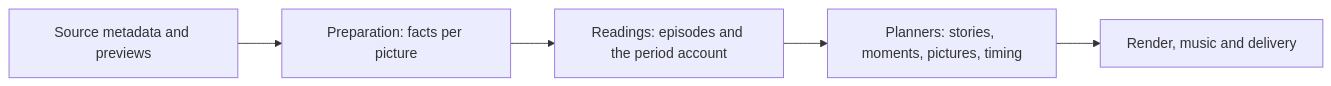
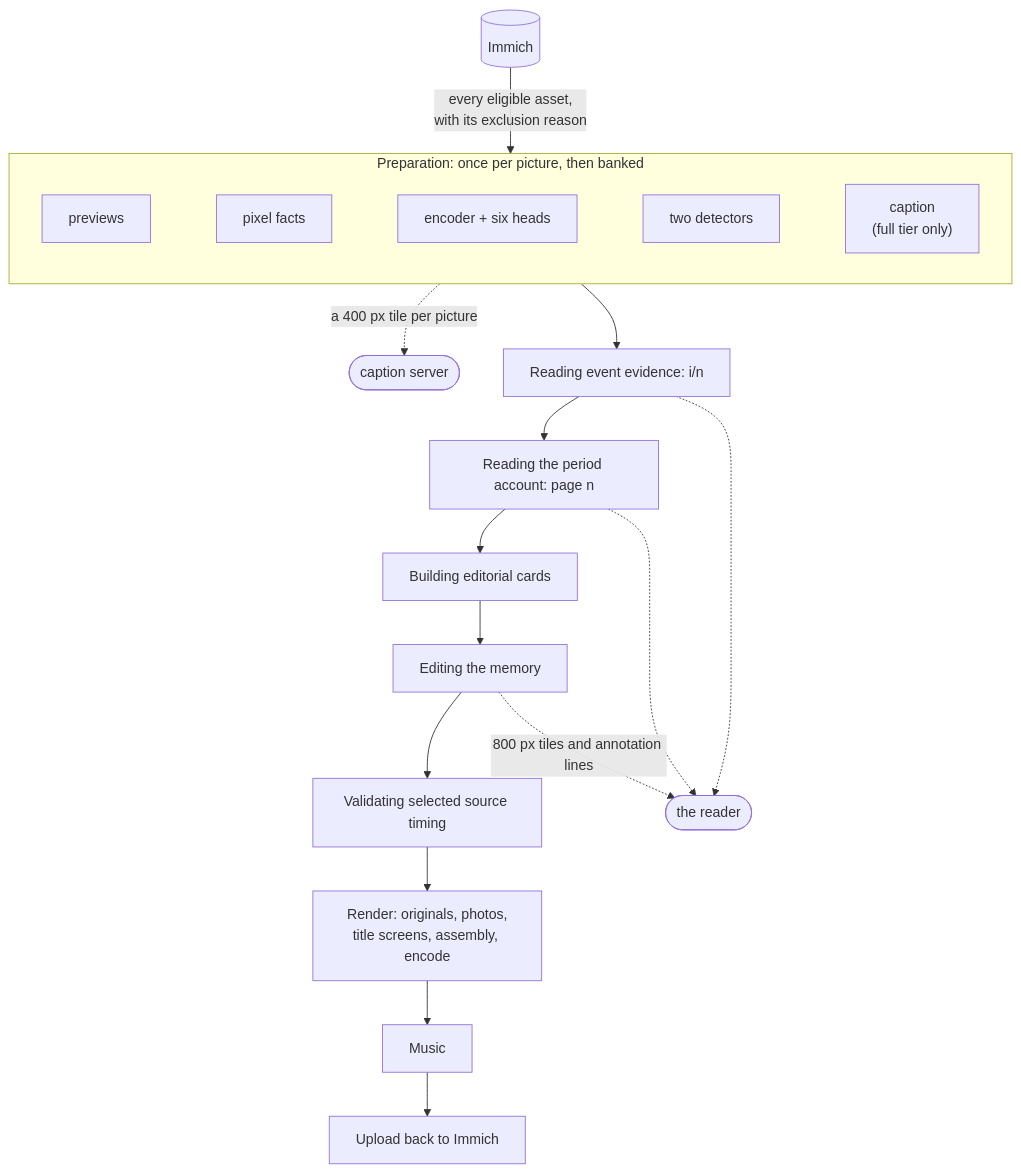
Before and after one commit to sam-dumont/immich-video-memory-generator: the first of 2 diagrams in docs-site/docs/create/pipeline/pipeline-overview.md, drawn with Mermaid. The commit also changed other lines of this file and 65 other files, not shown here.

````diff
--- a/docs-site/docs/create/pipeline/pipeline-overview.md
+++ b/docs-site/docs/create/pipeline/pipeline-overview.md
@@ -13,7 +13,24 @@
 ```mermaid
-flowchart LR
-    source["Source metadata and previews"] --> facts["Preparation: facts per picture"]
-    facts --> stories["Readings: episodes and the period account"]
-    stories --> choose["Planners: stories, moments, pictures, timing"]
-    choose --> render["Render, music and delivery"]
+flowchart TD
+    immich[("Immich")] -->|"every eligible asset,<br/>with its exclusion reason"| prep
+
+    subgraph prep["Preparation: once per picture, then banked"]
+        direction LR
+        previews["previews"] ~~~ pixels["pixel facts"] ~~~ heads["encoder + six heads"]
+        heads ~~~ detectors["two detectors"] ~~~ caption["caption<br/>(full tier only)"]
+    end
+
+    prep --> episodes["Reading event evidence: i/n"]
+    episodes --> period["Reading the period account: page n"]
+    period --> cards["Building editorial cards"]
+    cards --> edit["Editing the memory"]
+    edit --> timing["Validating selected source timing"]
+    timing --> render["Render: originals, photos,<br/>title screens, assembly, encode"]
+    render --> music["Music"]
+    music --> deliver["Upload back to Immich"]
+
+    caption -.->|"a 400 px tile per picture"| captioner(["caption server"])
+    episodes -.-> reader(["the reader"])
+    period -.-> reader
+    edit -.->|"800 px tiles and annotation lines"| reader
 ```
````
